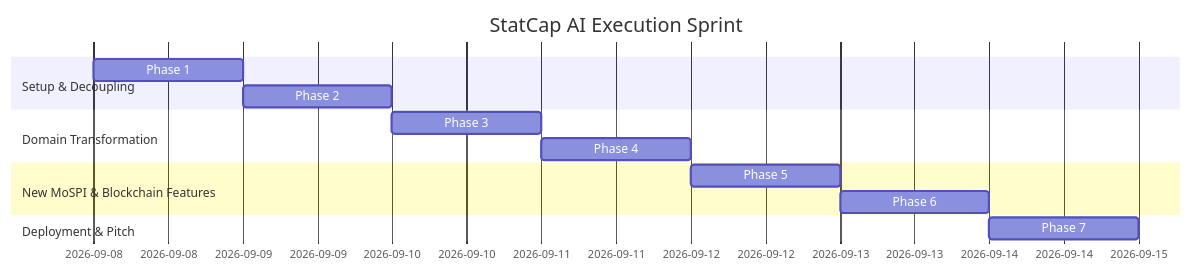
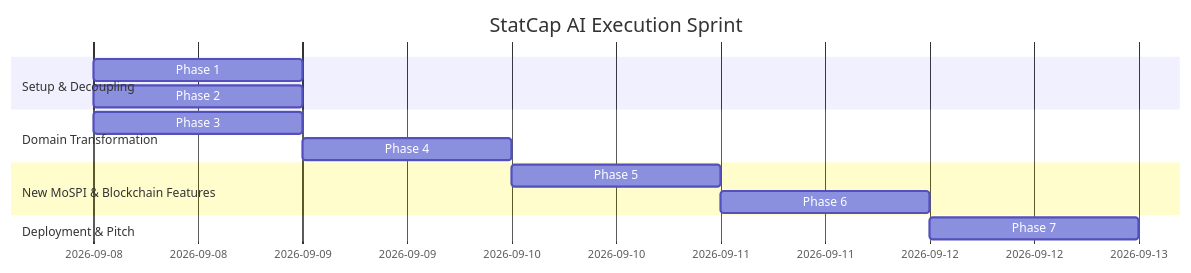
The second of 2 diagrams in implementation_plan.md (bhavya-darjii/statcap), drawn with Mermaid before and after one commit. The commit also changed other lines of this file and 117 other files, not shown here.

````diff
--- a/implementation_plan.md
+++ b/implementation_plan.md
@@ -647,16 +652,16 @@
 ```mermaid
 gantt
     title StatCap AI Execution Sprint
     dateFormat  YYYY-MM-DD
     section Setup & Decoupling
-    Phase 1: Duplication & Git Setup       :active, 2026-09-08, 1d
-    Phase 2: Database Setup & Seed Data    : 2026-09-09, 1d
+    Phase 1: Duplication & Git Setup       :done, 2026-09-08, 1d
+    Phase 2: Database Setup & Seed Data    :done, 2026-09-08, 1d
     section Domain Transformation
-    Phase 3: Archive College Deadweight    : 2026-09-10, 1d
-    Phase 4: Rebrand & Persona Navigation  : 2026-09-11, 1d
+    Phase 3: Archive College Deadweight    :done, 2026-09-08, 1d
+    Phase 4: Rebrand & Persona Navigation  :active, 2026-09-09, 1d
     section New MoSPI & Blockchain Features
-    Phase 5: Build FRAC Radar & iGOT Engine: 2026-09-12, 1d
-    Phase 6: Blockchain Verifiable Proofs  : 2026-09-13, 1d
+    Phase 5: Build FRAC Radar & iGOT Engine: 2026-09-10, 1d
+    Phase 6: Blockchain Verifiable Proofs  : 2026-09-11, 1d
     section Deployment & Pitch
-    Phase 7: GitHub Push & Vercel Deploy   : 2026-09-14, 1d
+    Phase 7: GitHub Push & Vercel Deploy   : 2026-09-12, 1d
 ```
````
